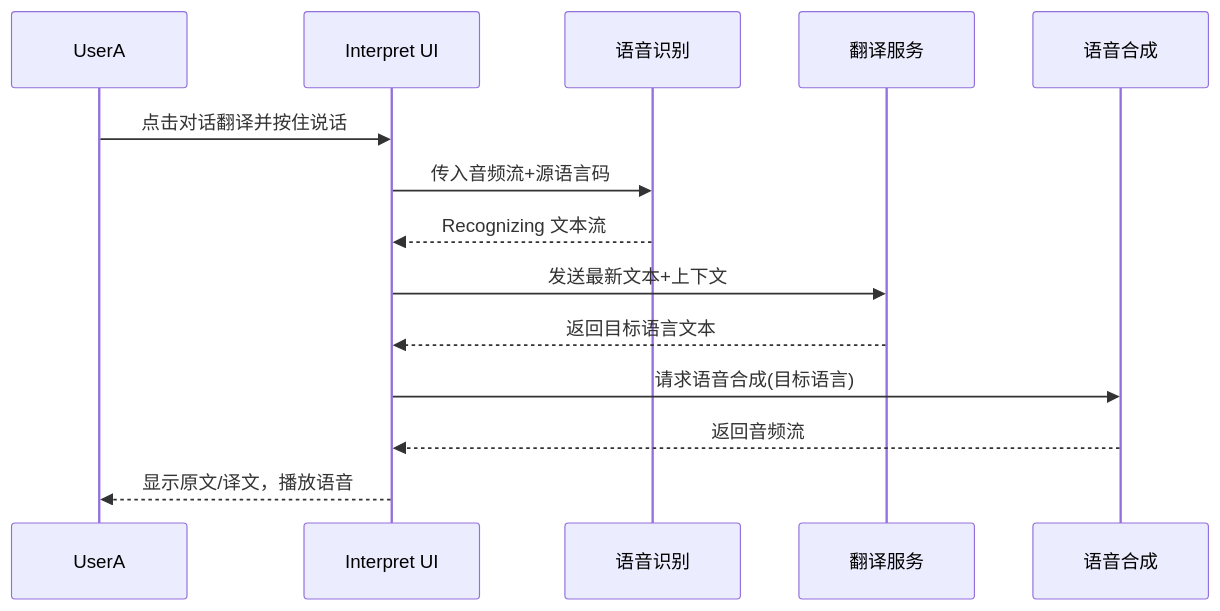
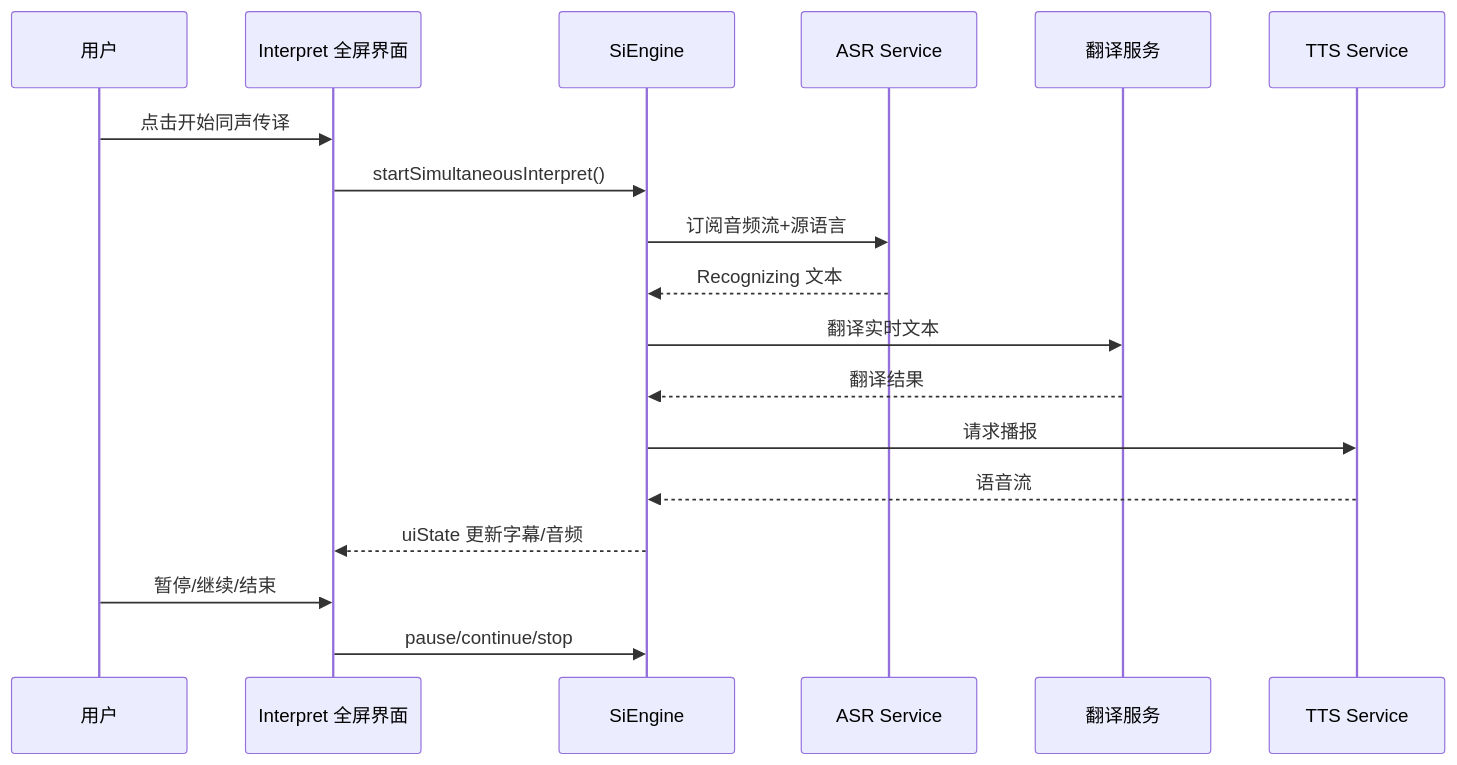
Before and after one commit to lavalike/openspec-project: the second of 3 diagrams in req-outline-output.md, drawn with Mermaid. The commit also changed other lines of this file and 7 other files, not shown here.

````diff
--- a/req-outline-output.md
+++ b/req-outline-output.md
@@ -113,16 +114,20 @@
 ```mermaid
 sequenceDiagram
-    participant UserA
-    participant UI as Interpret UI
-    participant SR as 语音识别
+    participant User as 用户
+    participant UI as Interpret 全屏界面
+    participant Eng as SiEngine
+    participant ASR as ASR Service
     participant MT as 翻译服务
-    participant TTS as 语音合成
-    UserA->>UI: 点击对话翻译并按住说话
-    UI->>SR: 传入音频流+源语言码
-    SR-->>UI: Recognizing 文本流
-    UI->>MT: 发送最新文本+上下文
-    MT-->>UI: 返回目标语言文本
-    UI->>TTS: 请求语音合成(目标语言)
-    TTS-->>UI: 返回音频流
-    UI-->>UserA: 显示原文/译文，播放语音
+    participant TTS as TTS Service
+    User->>UI: 点击开始同声传译
+    UI->>Eng: startSimultaneousInterpret()
+    Eng->>ASR: 订阅音频流+源语言
+    ASR-->>Eng: Recognizing 文本
+    Eng->>MT: 翻译实时文本
+    MT-->>Eng: 翻译结果
+    Eng->>TTS: 请求播报
+    TTS-->>Eng: 语音流
+    Eng-->>UI: uiState 更新字幕/音频
+    User->>UI: 暂停/继续/结束
+    UI->>Eng: pause/continue/stop
 ```
````
